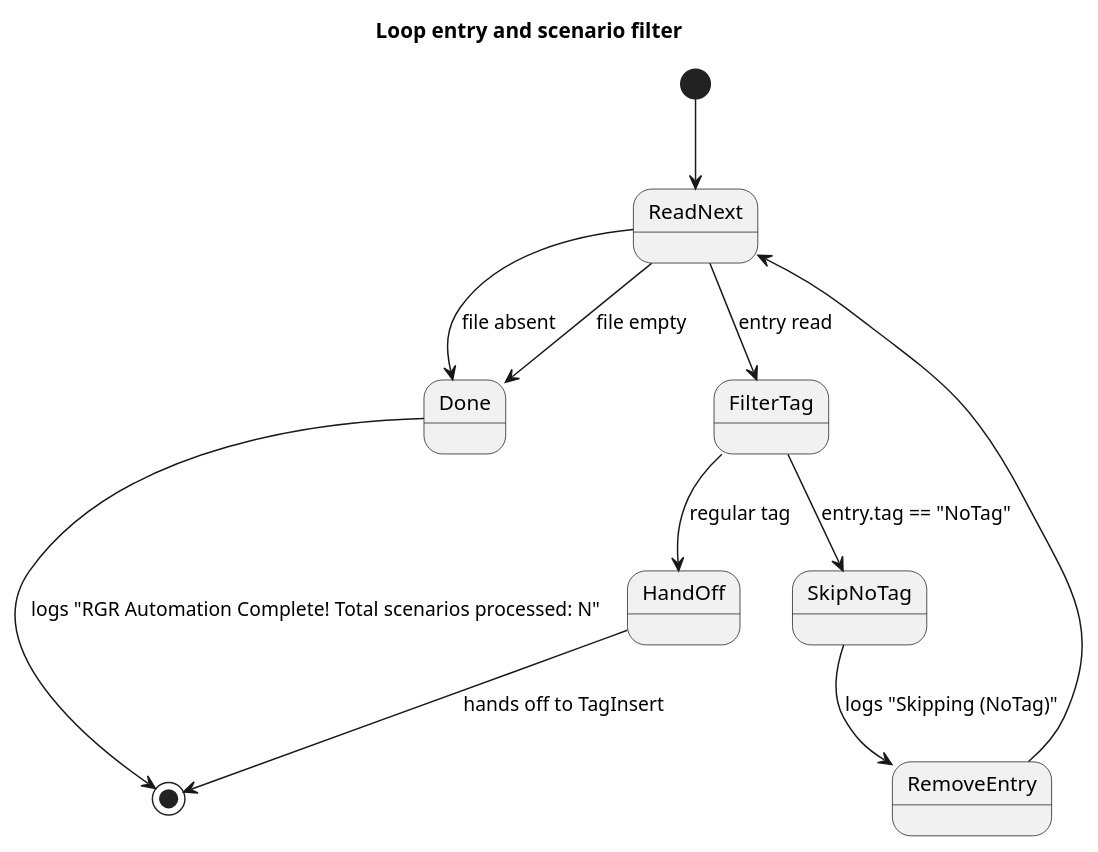
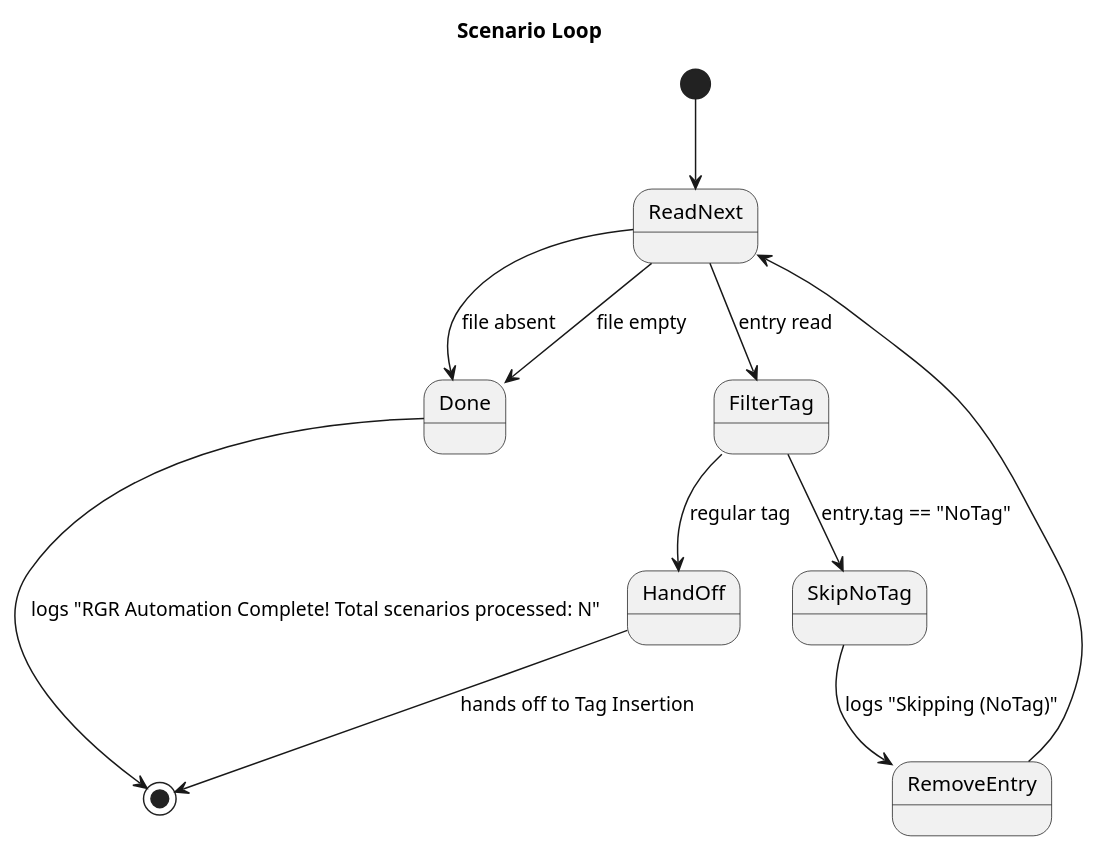
The fourth of 11 diagrams in sheep-dog-features/src/test/resources/asciidoc/specs/Darmok/model.md (farhan5248/sheep-dog-qa), drawn with PlantUML before and after one commit. The commit also changed other lines of this file and 17 other files, not shown here.

````diff
--- a/sheep-dog-features/src/test/resources/asciidoc/specs/Darmok/model.md
+++ b/sheep-dog-features/src/test/resources/asciidoc/specs/Darmok/model.md
@@ -115,17 +131,17 @@
 ```plantuml
 @startuml
-title Loop entry and scenario filter
+title Scenario Loop
 
 [*] --> ReadNext
 ReadNext --> Done         : file absent
 ReadNext --> Done         : file empty
 ReadNext --> FilterTag    : entry read
 FilterTag --> SkipNoTag   : entry.tag == "NoTag"
 FilterTag --> HandOff     : regular tag
 SkipNoTag --> RemoveEntry : logs "Skipping (NoTag)"
 RemoveEntry --> ReadNext
-HandOff   --> [*]         : hands off to TagInsert
+HandOff   --> [*]         : hands off to Tag Insertion
 Done      --> [*]         : logs "RGR Automation Complete! Total scenarios processed: N"
 
 @enduml
 ```
````
